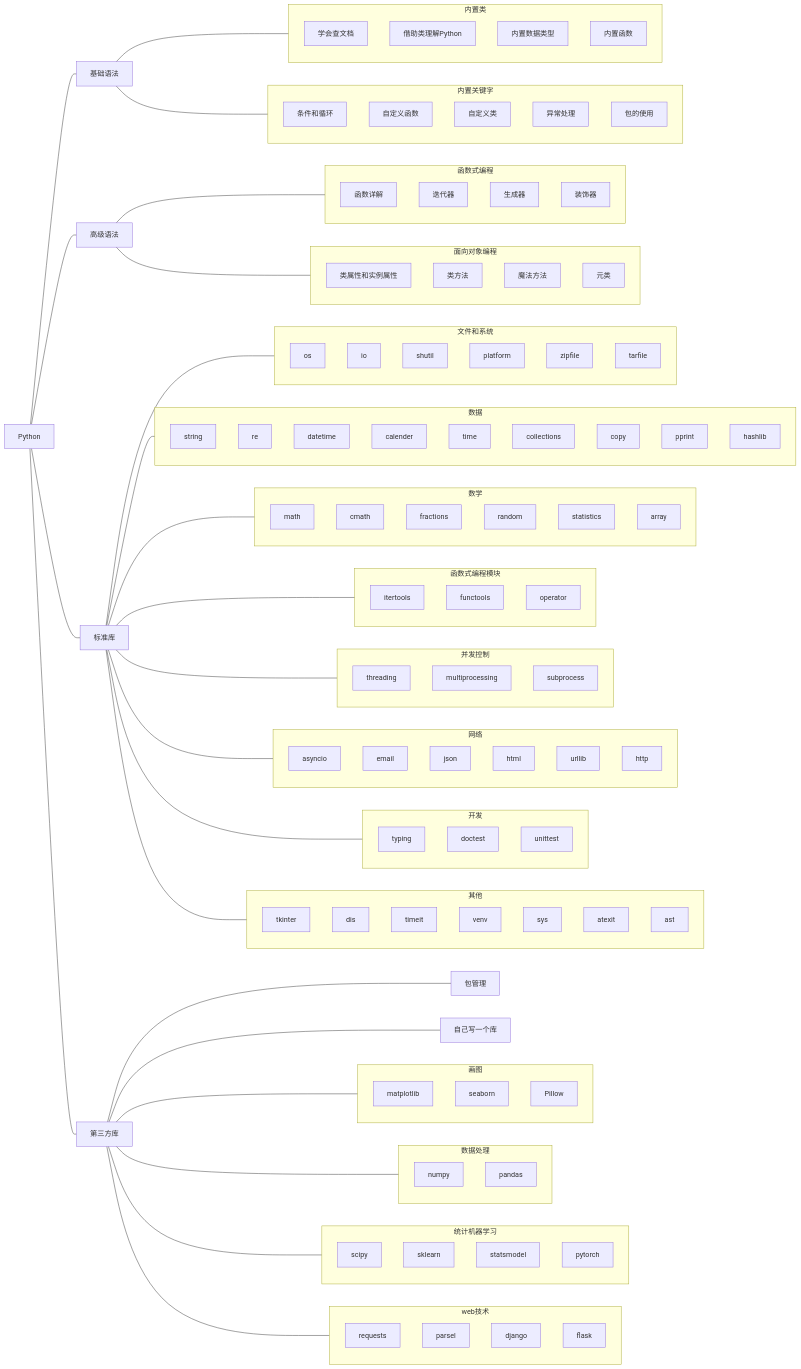
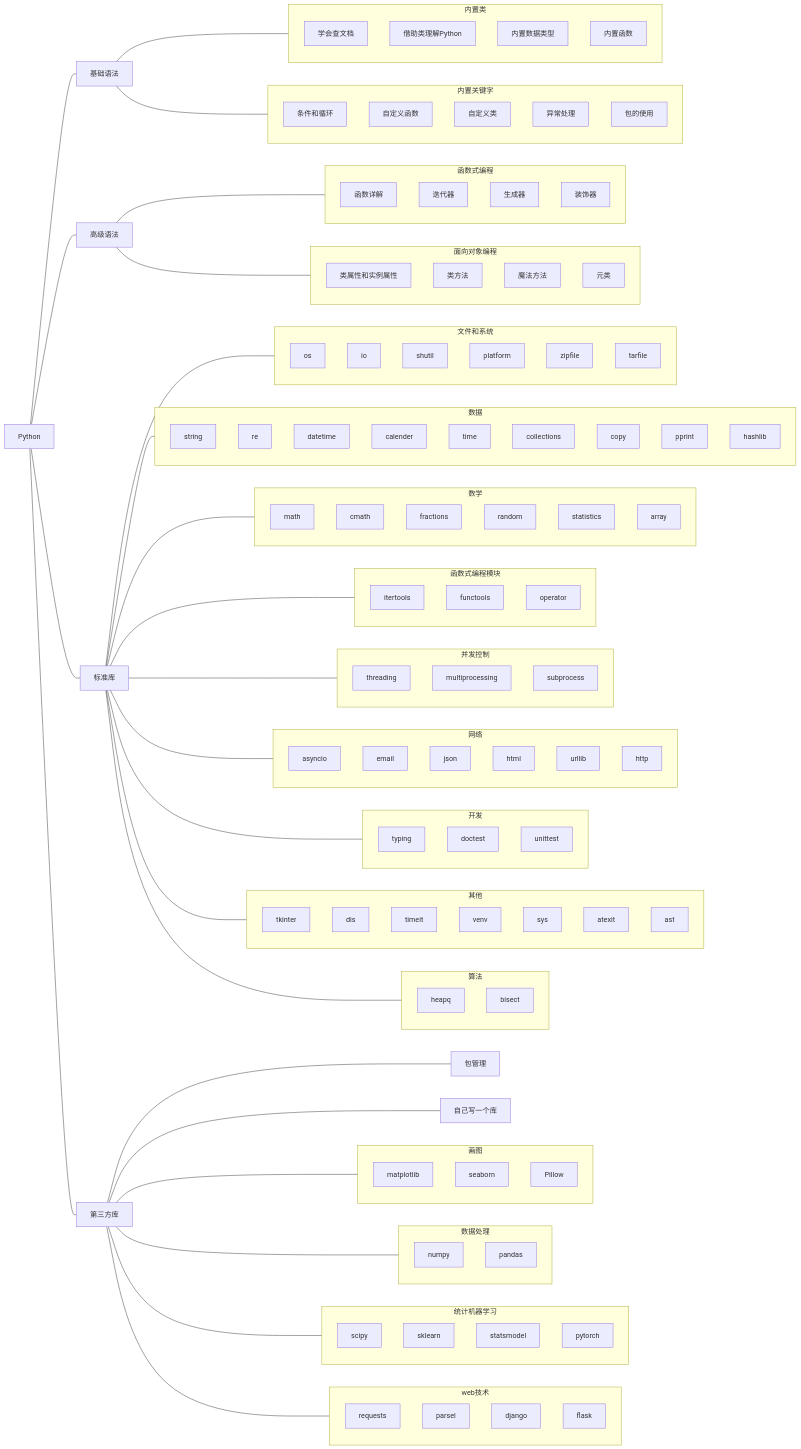
The diagram in docs/Python/index.md (AIboy996/AIboy996.GitHub.io), drawn with Mermaid before and after one commit. The commit also changed 3 other files, not shown here.

Commit message:
[add] heapq&bisect

````diff
--- a/docs/Python/index.md
+++ b/docs/Python/index.md
@@ -139,7 +139,10 @@
     subgraph 其他
     tkinter;dis;timeit;venv;sys;atexit;ast;
     end
-    标准库 --- 文件和系统 & 数据 & 数学 & 函数式编程模块 & 并发控制 & 网络 & 开发 & 其他
+    subgraph 算法
+    heapq;bisect;
+    end
+    标准库 --- 文件和系统 & 数据 & 数学 & 函数式编程模块 & 并发控制 & 网络 & 开发 & 其他 & 算法
     click Python "."
     %% 基础语法
     click 学会查文档 "./BasicSyntax/builtin_class/#dirhelp"
@@ -166,6 +169,9 @@
     click time "./StandardLibrary/time/"
     click doctest "./StandardLibrary/doctest/"
     click fractions "./StandardLibrary/fractions/"
+    click itertools "./StandardLibrary/itertools/"
+    click heapq "./StandardLibrary/heapq/"
+    click bisect "./StandardLibrary/bisect/"
     %% 第三方库
     click 包管理 "./ThirdPartyLibrary/package_management/"
     click 自己写一个库 "./ThirdPartyLibrary/DIY/"
@@ -173,4 +179,5 @@
     click pandas "./ThirdPartyLibrary/pandas/"
     click matplotlib "./ThirdPartyLibrary/matplotlib/"
     click pytorch "./ThirdPartyLibrary/pytorch/"
+    click sklearn "./ThirdPartyLibrary/sklearn/"
 ```
````
